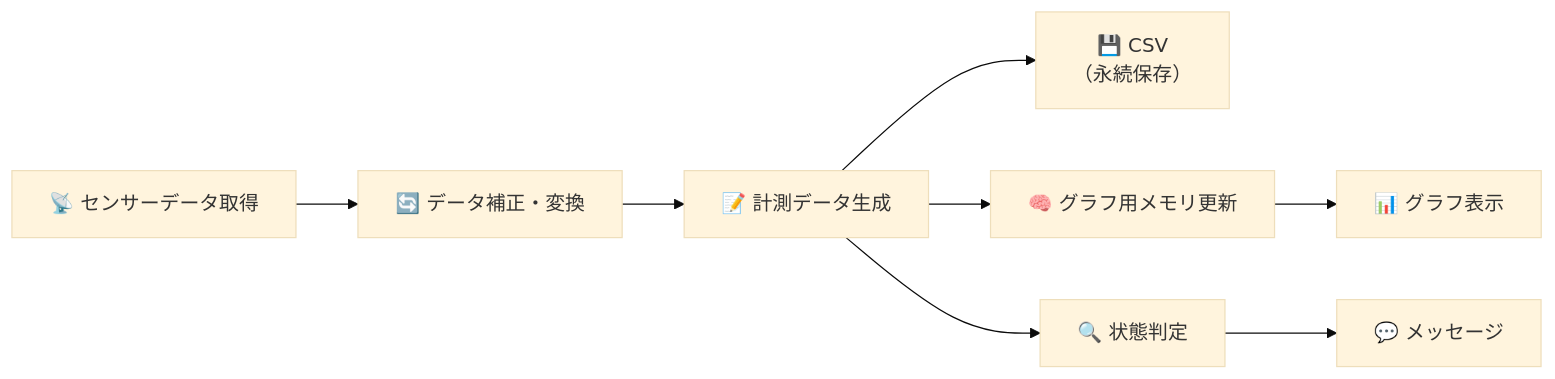
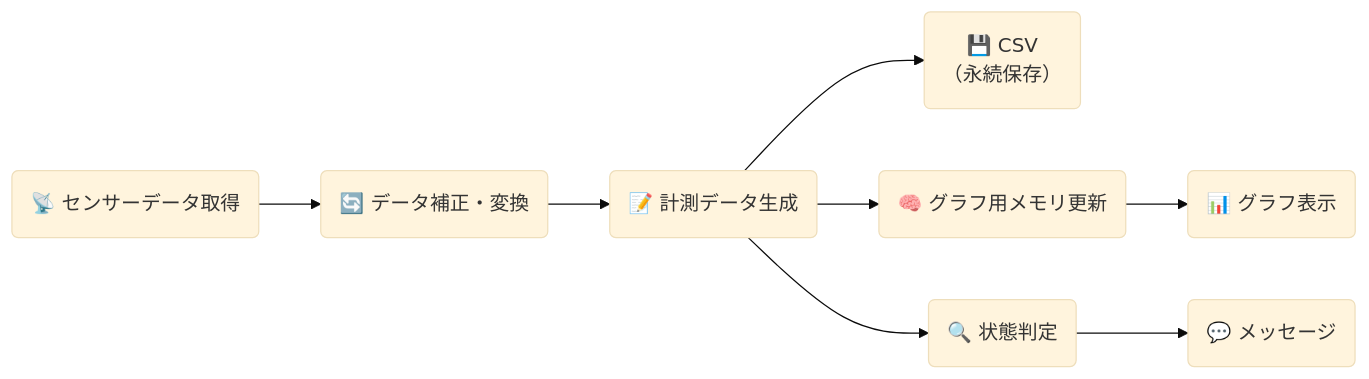
The third of 3 diagrams in README.md (Mutou-dev123/plant-iot-system), drawn with Mermaid (base theme) before and after one commit. The commit also changed other lines of this file, not shown here.

Commit message:
Update system diagram of alpha version

````diff
--- a/README.md
+++ b/README.md
@@ -154,22 +178,22 @@
 ```mermaid
 graph LR
-    A[📡 センサーデータ取得]
-    B[🔄 データ補正・変換]
-    C[📝 計測データ生成]
-    D[💾 CSV<br>（永続保存）]
-    E[🧠 グラフ用メモリ更新]
-    F[📊 グラフ表示]
-    G[🔍 状態判定]
-    H[💬 メッセージ]
+    A(📡 センサーデータ取得)
+    B(🔄 データ補正・変換)
+    C(📝 計測データ生成)
+    D(💾 CSV<br>（永続保存）)
+    E(🧠 グラフ用メモリ更新)
+    F(📊 グラフ表示)
+    G(🔍 状態判定)
+    H(💬 メッセージ)
 
     A --> B
     B --> C
 
     C --> D
     C --> E
     C --> G
 
     E --> F
 
     G --> H
 ```
````
